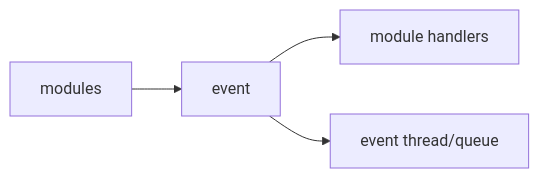
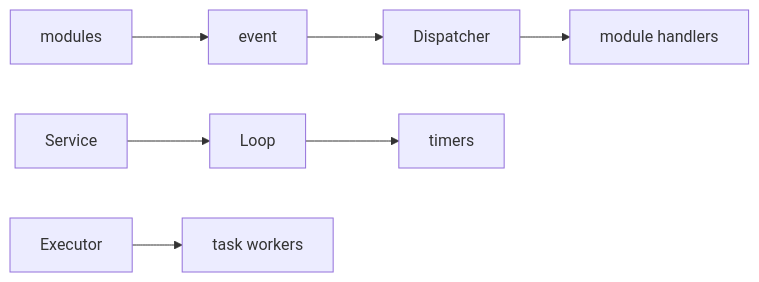
The diagram in docs/libs/event.md (373699756/live_stream), drawn with Mermaid before and after one commit. The commit also changed other lines of this file and 117 other files, not shown here.

````diff
--- a/docs/libs/event.md
+++ b/docs/libs/event.md
@@ -14,6 +14,9 @@
 ```mermaid
 flowchart LR
   Publishers[modules] --> Event[event]
-  Event --> Handlers[module handlers]
-  Event --> Queue[event thread/queue]
+  Event --> Dispatcher[Dispatcher]
+  Dispatcher --> Handlers[module handlers]
+  Service[Service] --> Loop[Loop]
+  Loop --> Timers[timers]
+  Executor[Executor] --> Tasks[task workers]
 ```
````
